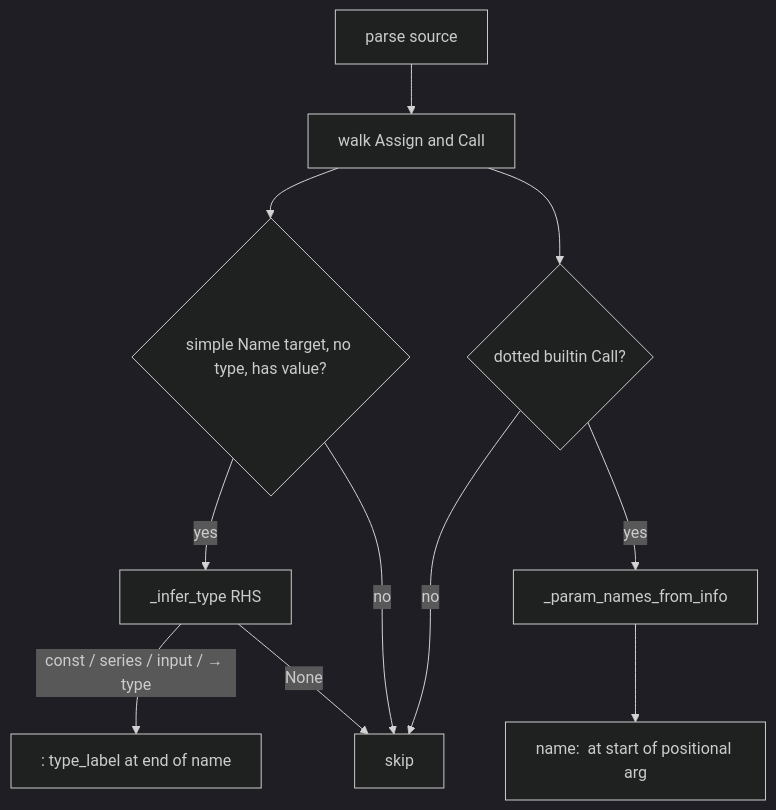
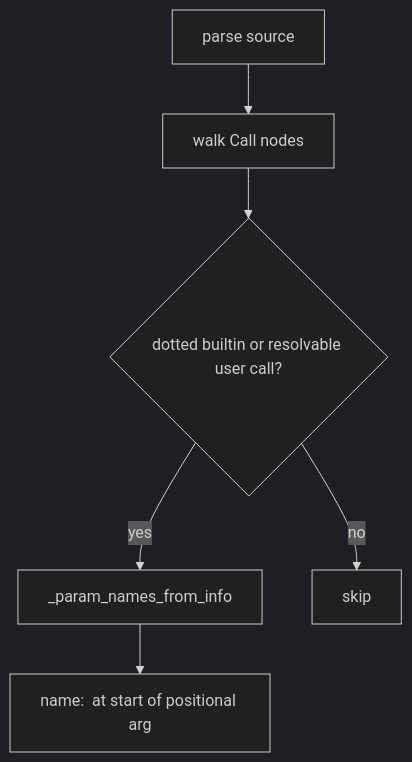
The diagram in docs/pyne/lsp/features/inlay-hints.mdx (hoox-sh/pyne), drawn with Mermaid (dark theme) before and after one commit. The commit also changed other lines of this file and 22 other files, not shown here.

````diff
--- a/docs/pyne/lsp/features/inlay-hints.mdx
+++ b/docs/pyne/lsp/features/inlay-hints.mdx
@@ -33,13 +33,8 @@
 ```mermaid
 flowchart TD
-  PARSE[parse source] --> WALK[walk Assign and Call]
-  WALK --> ASG{simple Name target, no type, has value?}
-  ASG -->|yes| INF[_infer_type RHS]
-  INF -->|const / series / input / → type| THINT[": type_label" at end of name]
-  INF -->|None| SKIP[skip]
-  ASG -->|no| SKIP
-  WALK --> CALL{dotted builtin Call?}
+  PARSE[parse source] --> WALK[walk Call nodes]
+  WALK --> CALL{dotted builtin or resolvable user call?}
   CALL -->|yes| NAMES[_param_names_from_info]
   NAMES --> PHINT["name:  at start of positional arg"]
-  CALL -->|no| SKIP
+  CALL -->|no| SKIP[skip]
 ```
````
